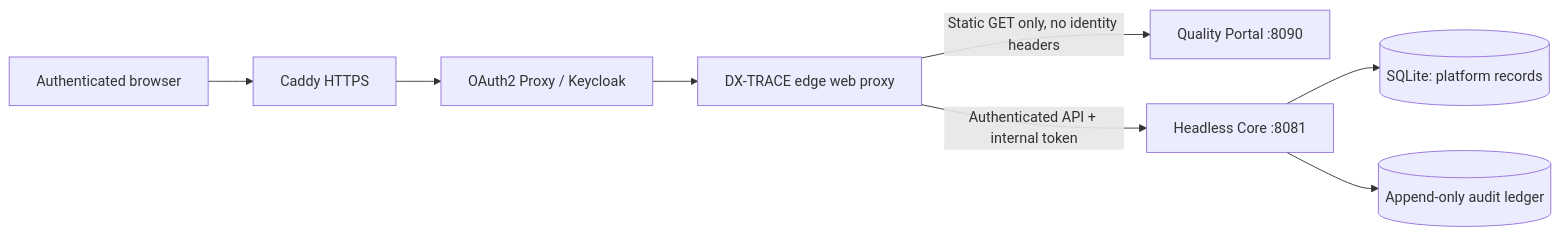
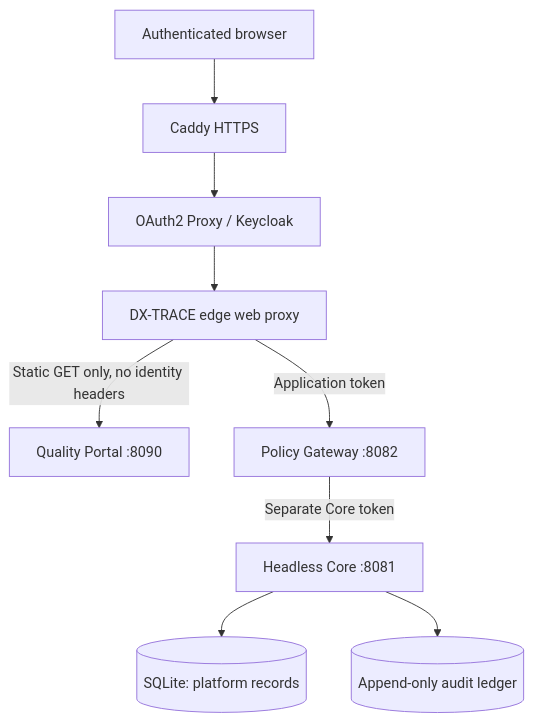
Before and after one commit to ngochieu1762005/dx_trace: the diagram in docs/QUALITY-PORTAL.md, drawn with Mermaid. The commit also changed other lines of this file and 32 other files, not shown here.

````diff
--- a/docs/QUALITY-PORTAL.md
+++ b/docs/QUALITY-PORTAL.md
@@ -13,10 +13,11 @@
 ```mermaid
-flowchart LR
+flowchart TD
     Browser[Authenticated browser] --> Caddy[Caddy HTTPS]
     Caddy --> Oauth[OAuth2 Proxy / Keycloak]
     Oauth --> App[DX-TRACE edge web proxy]
     App -->|Static GET only, no identity headers| QA[Quality Portal :8090]
-    App -->|Authenticated API + internal token| Core[Headless Core :8081]
+    App -->|Application token| Gateway[Policy Gateway :8082]
+    Gateway -->|Separate Core token| Core[Headless Core :8081]
     Core --> DB[(SQLite: platform records)]
     Core --> Audit[(Append-only audit ledger)]
 ```
````
